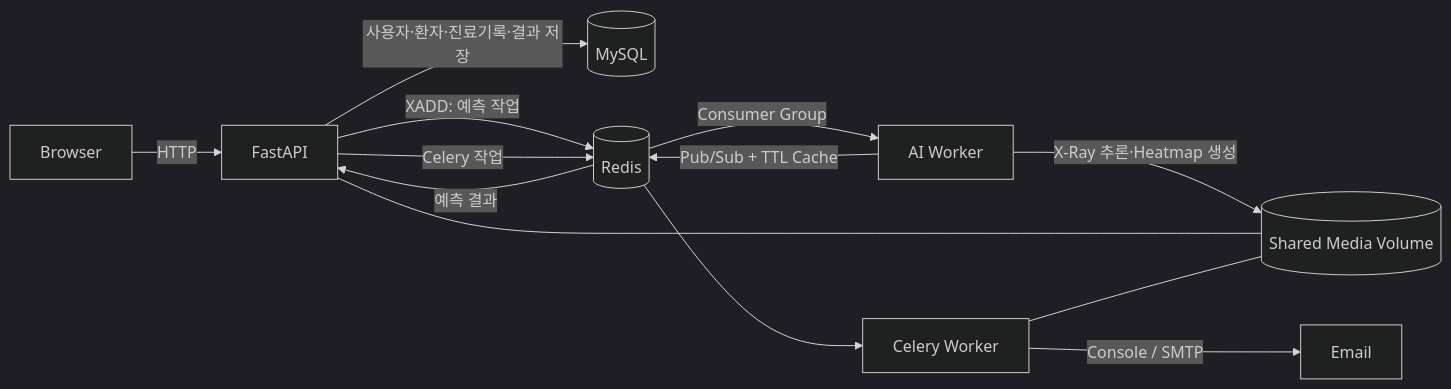
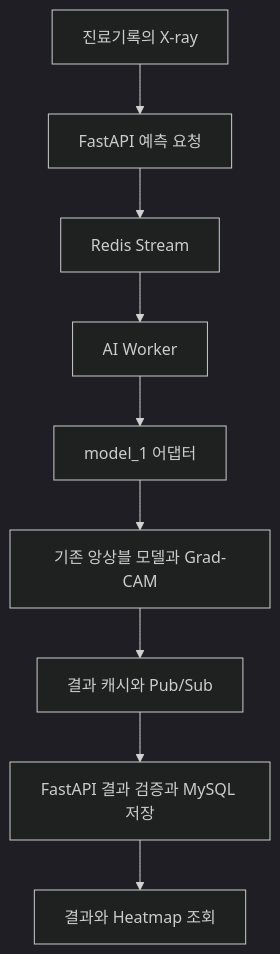
Before and after one commit to ceohwj/ai-pneumonia-backoffice: the diagram in README.md, drawn with Mermaid (dark theme). The commit also changed other lines of this file, not shown here.

Commit message:
docs: highlight personal contributions and X-ray model integration

````diff
--- a/README.md
+++ b/README.md
@@ -65,18 +55,11 @@
 ```mermaid
-flowchart LR
-    B[Browser] -->|HTTP| F[FastAPI]
-    F -->|사용자·환자·진료기록·결과 저장| M[(MySQL)]
-
-    F -->|XADD: 예측 작업| R[(Redis)]
-    R -->|Consumer Group| A[AI Worker]
-    A -->|X-Ray 추론·Heatmap 생성| V[(Shared Media Volume)]
-    A -->|Pub/Sub + TTL Cache| R
-    R -->|예측 결과| F
-
-    F -->|Celery 작업| R
-    R --> C[Celery Worker]
-    C -->|Console / SMTP| E[Email]
-
-    F --- V
-    C --- V
+flowchart TD
+    X[진료기록의 X-ray] --> API[FastAPI 예측 요청]
+    API --> Q[Redis Stream]
+    Q --> W[AI Worker]
+    W --> A[model_1 어댑터]
+    A --> M[기존 앙상블 모델과 Grad-CAM]
+    M --> R[결과 캐시와 Pub/Sub]
+    R --> SAVE[FastAPI 결과 검증과 MySQL 저장]
+    SAVE --> UI[결과와 Heatmap 조회]
 ```
````
